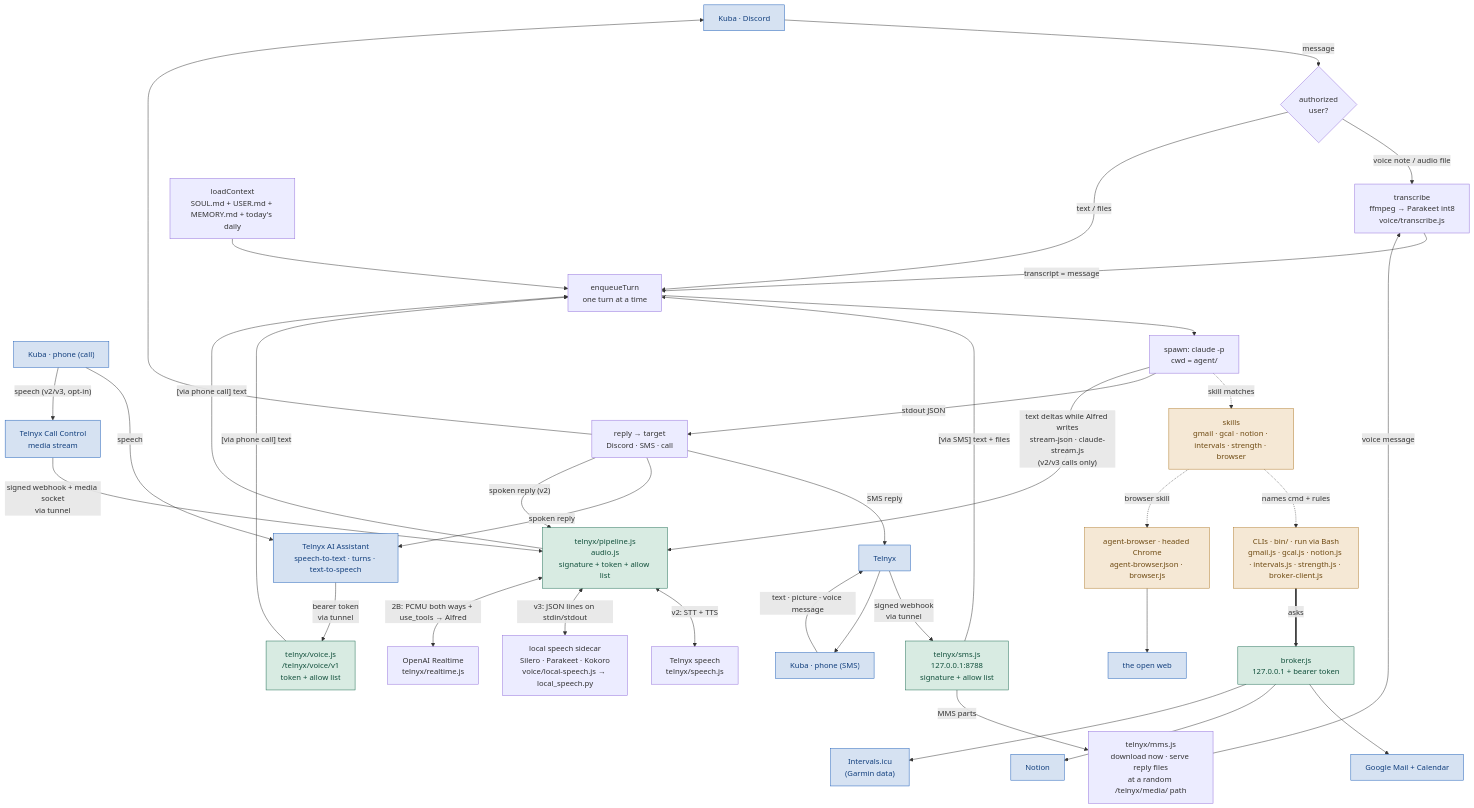
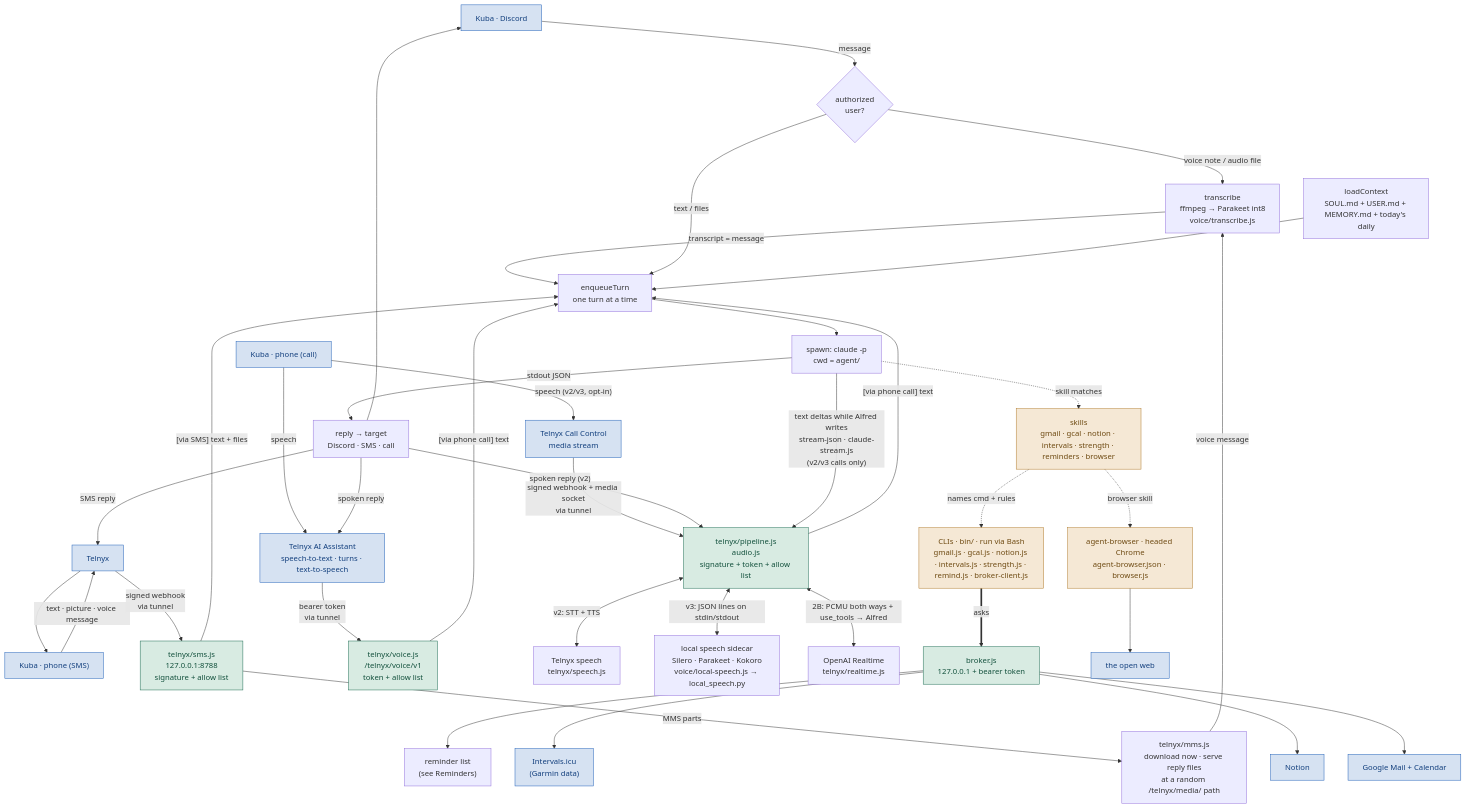
Before and after one commit to KubaJerz/alfred-node: the first of 8 diagrams in SYSTEM-MAP.md, drawn with Mermaid. The commit also changed other lines of this file and 33 other files, not shown here.

````diff
--- a/SYSTEM-MAP.md
+++ b/SYSTEM-MAP.md
@@ -57,44 +57,45 @@
 ```mermaid
 flowchart TD
     U["Kuba · Discord"] -->|message| GATE{"authorized<br/>user?"}
     GATE -->|"voice note / audio file"| TR["transcribe<br/>ffmpeg → Parakeet int8<br/>voice/transcribe.js"]
     TR -->|"transcript = message"| Q
     GATE -->|"text / files"| Q["enqueueTurn<br/>one turn at a time"]
     PH["Kuba · phone (SMS)"] -->|"text · picture · voice message"| TX["Telnyx"]
     TX -->|"signed webhook<br/>via tunnel"| WH["telnyx/sms.js<br/>127.0.0.1:8788<br/>signature + allow list"]
     WH -->|"MMS parts"| MM["telnyx/mms.js<br/>download now · serve reply files<br/>at a random /telnyx/media/ path"]
     MM -->|"voice message"| TR
     WH -->|"[via SMS] text + files"| Q
     CALL["Kuba · phone (call)"] -->|speech| VA["Telnyx AI Assistant<br/>speech-to-text · turns · text-to-speech"]
     VA -->|"bearer token<br/>via tunnel"| VR["telnyx/voice.js<br/>/telnyx/voice/v1<br/>token + allow list"]
     VR -->|"[via phone call] text"| Q
     CALL -->|"speech (v2/v3, opt-in)"| CC["Telnyx Call Control<br/>media stream"]
     CC -->|"signed webhook + media socket<br/>via tunnel"| VP["telnyx/pipeline.js<br/>audio.js<br/>signature + token + allow list"]
     VP -->|"[via phone call] text"| Q
     VP <-->|"v2: STT + TTS"| TS["Telnyx speech<br/>telnyx/speech.js"]
     VP <-->|"v3: JSON lines on stdin/stdout"| LS["local speech sidecar<br/>Silero · Parakeet · Kokoro<br/>voice/local-speech.js → local_speech.py"]
     VP <-->|"2B: PCMU both ways + use_tools → Alfred"| OA["OpenAI Realtime<br/>telnyx/realtime.js"]
     CTX["loadContext<br/>SOUL.md + USER.md + MEMORY.md + today's daily"] --> Q
     Q --> SPAWN["spawn: claude -p<br/>cwd = agent/"]
-    SPAWN -.->|"skill matches"| SK["skills<br/>gmail · gcal · notion · intervals · strength · browser"]
-    SK -.->|"names cmd + rules"| CLIS["CLIs · bin/ · run via Bash<br/>gmail.js · gcal.js · notion.js · intervals.js · strength.js · broker-client.js"]
+    SPAWN -.->|"skill matches"| SK["skills<br/>gmail · gcal · notion · intervals · strength · reminders · browser"]
+    SK -.->|"names cmd + rules"| CLIS["CLIs · bin/ · run via Bash<br/>gmail.js · gcal.js · notion.js · intervals.js · strength.js · remind.js · broker-client.js"]
     CLIS ==>|"asks"| BR["broker.js<br/>127.0.0.1 + bearer token"]
     BR --> G["Google Mail + Calendar"]
     BR --> N["Notion"]
     BR --> I["Intervals.icu<br/>(Garmin data)"]
+    BR --> RL["reminder list<br/>(see Reminders)"]
     SK -.->|"browser skill"| AB["agent-browser · headed Chrome<br/>agent-browser.json · browser.js"]
     AB --> WEB["the open web"]
     SPAWN -->|"stdout JSON"| R["reply → target<br/>Discord · SMS · call"]
     R --> U
     R -->|"SMS reply"| TX
     R -->|"spoken reply"| VA
     R -->|"spoken reply (v2)"| VP
     SPAWN -->|"text deltas while Alfred writes<br/>stream-json · claude-stream.js<br/>(v2/v3 calls only)"| VP
     TX --> PH
     classDef external fill:#d6e2f2,stroke:#1f5fb8,color:#123f7d
     classDef gateway fill:#d8ebe2,stroke:#1b6b52,color:#12503c
     classDef stack fill:#f5e8d5,stroke:#b07a2a,color:#6e4a12
     class U,G,N,I,WEB,PH,TX,CALL,VA,CC external
     class BR,WH,VR,VP gateway
     class SK,CLIS,AB stack
 ```
````
